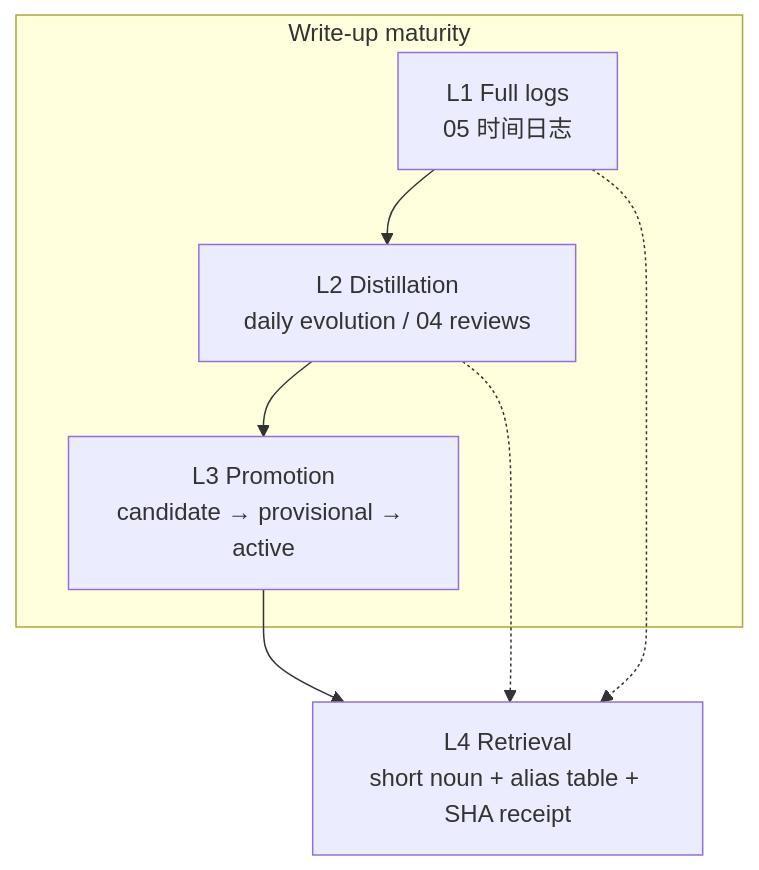
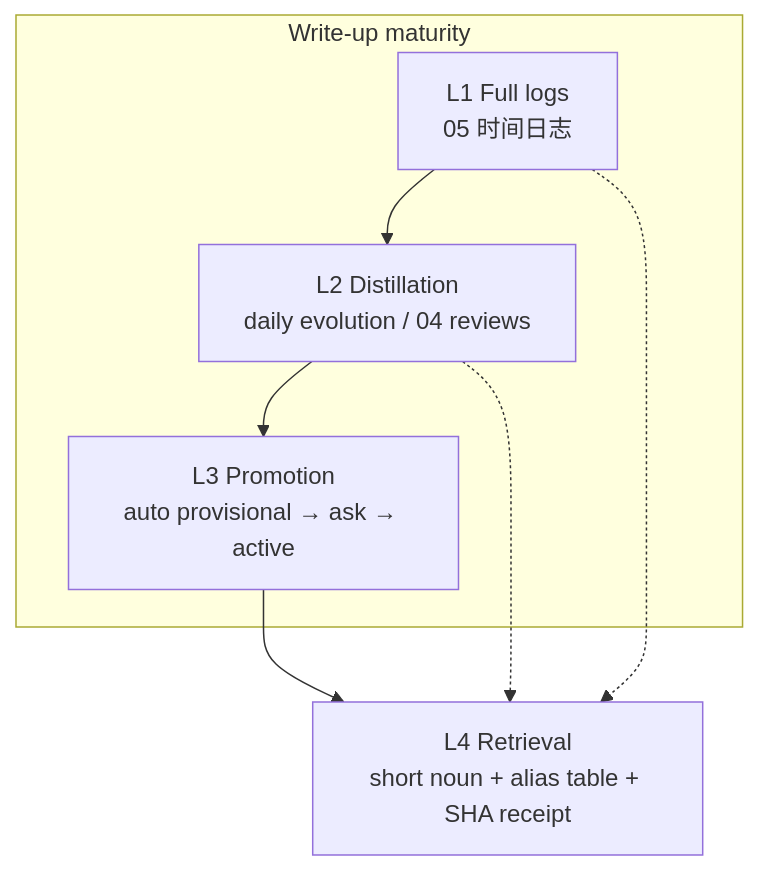
One commit to 398894496-arch/runtime36 changed the diagram in docs/ARCHITECTURE.md. Above: the diagram before and after it, drawn with Mermaid. The commit also changed other lines of this file and 7 other files, not shown here.

````diff
--- a/docs/ARCHITECTURE.md
+++ b/docs/ARCHITECTURE.md
@@ -11,13 +11,13 @@
 ```mermaid
 flowchart TB
   subgraph write ["Write-up maturity"]
     L1["L1 Full logs<br/>05 时间日志"]
     L2["L2 Distillation<br/>daily evolution / 04 reviews"]
-    L3["L3 Promotion<br/>candidate → provisional → active"]
+    L3["L3 Promotion<br/>auto provisional → ask → active"]
     L1 --> L2 --> L3
   end
   L4["L4 Retrieval<br/>short noun + alias table + SHA receipt"]
   L3 --> L4
   L1 -.-> L4
   L2 -.-> L4
 ```
````
